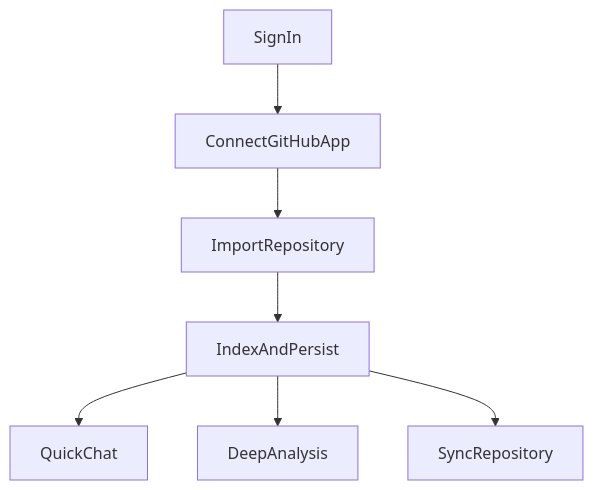
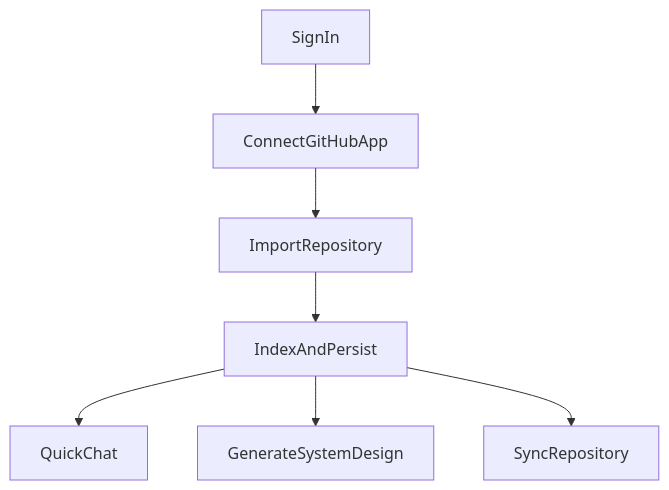
The second of 2 diagrams in docs/system-overview.md (EricTsai83/systify), drawn with Mermaid before and after one commit. The commit also changed other lines of this file and 64 other files, not shown here.

First line of the commit message:
Replace deep analysis with Generate System Design feature

````diff
--- a/docs/system-overview.md
+++ b/docs/system-overview.md
@@ -144,17 +145,17 @@
 ```mermaid
 flowchart TD
   SignIn[SignIn]
   ConnectGitHub[ConnectGitHubApp]
   ImportRepo[ImportRepository]
   IndexRepo[IndexAndPersist]
   ChatQuick[QuickChat]
-  DeepAnalysis[DeepAnalysis]
+  GenerateSystemDesign[GenerateSystemDesign]
   SyncRepo[SyncRepository]
 
   SignIn --> ConnectGitHub
   ConnectGitHub --> ImportRepo
   ImportRepo --> IndexRepo
   IndexRepo --> ChatQuick
-  IndexRepo --> DeepAnalysis
+  IndexRepo --> GenerateSystemDesign
   IndexRepo --> SyncRepo
 ```
````
